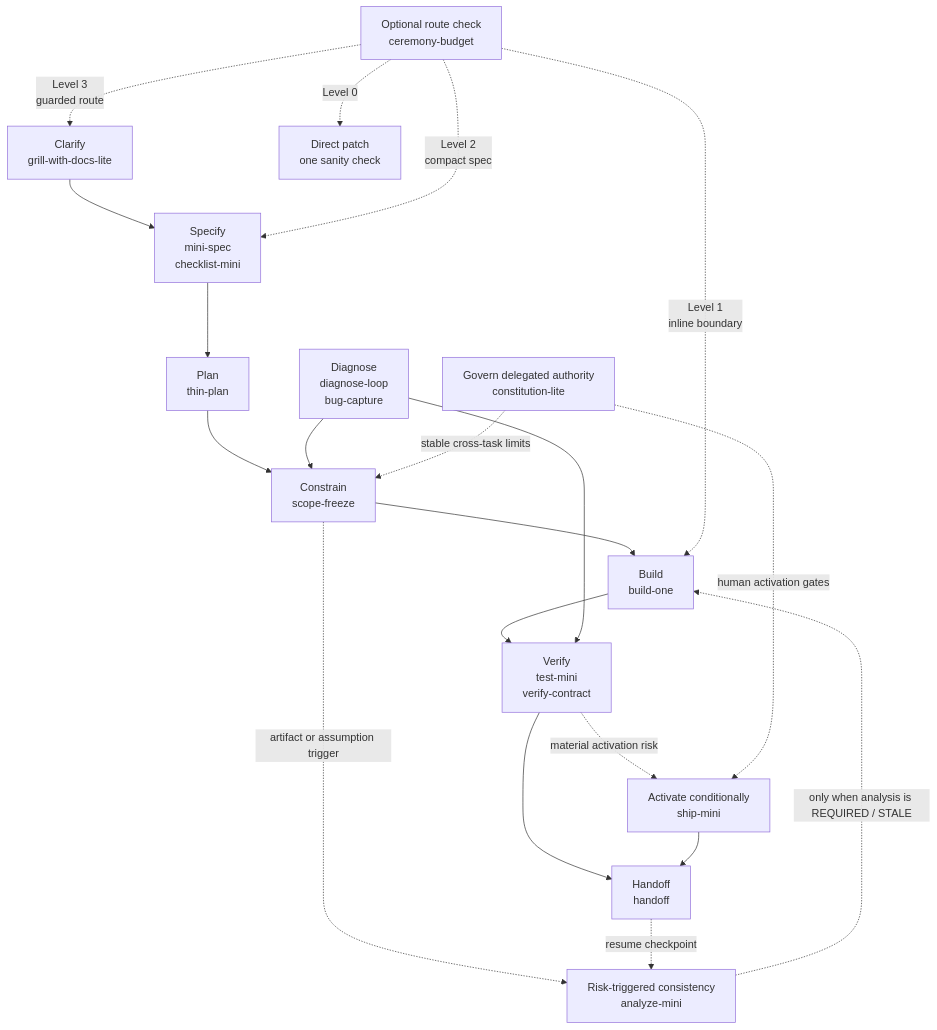
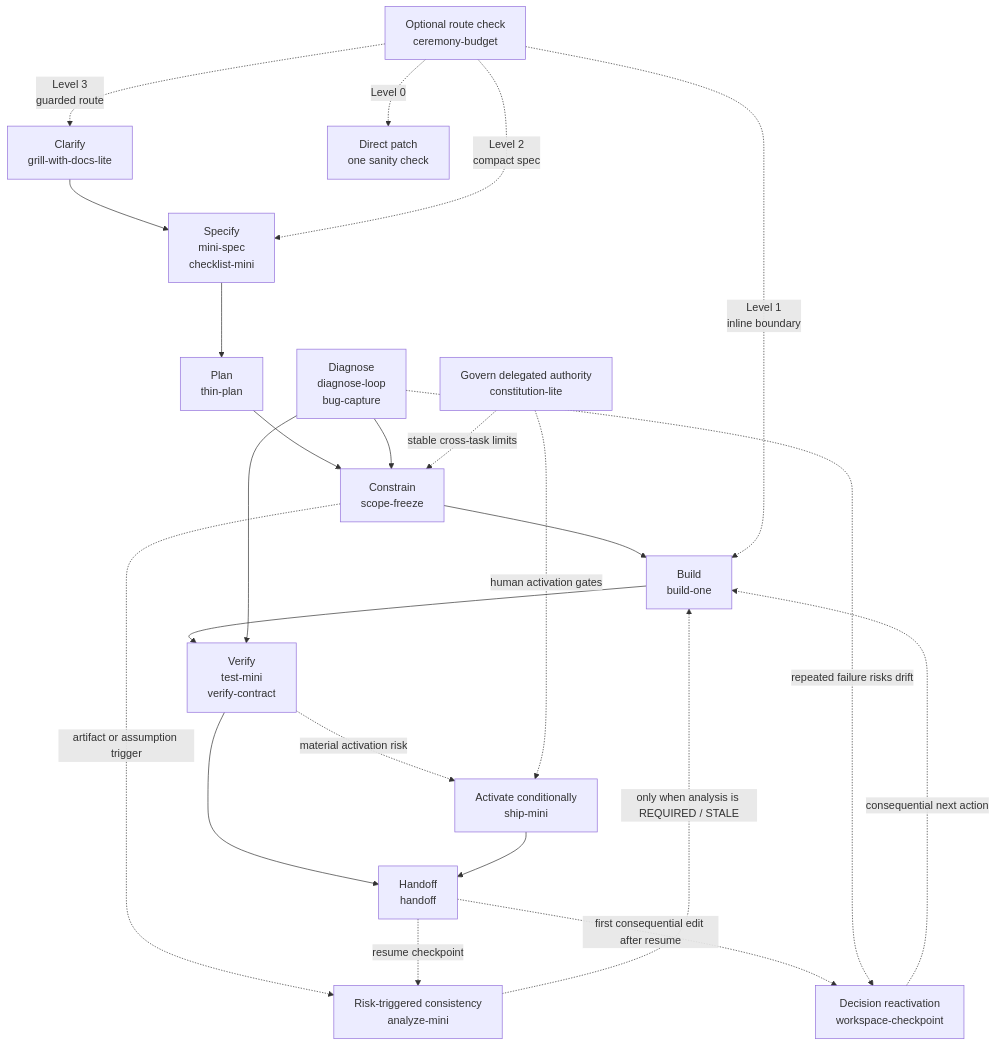
One commit to tmusser/ai-engineering-skills changed the first of 2 diagrams in docs/skill-map.md. Above: the diagram before and after it, drawn with Mermaid. The commit also changed other lines of this file and 8 other files, not shown here.

First line of the commit message:
feat: add workspace checkpoint for consequential actions (#23)

````diff
--- a/docs/skill-map.md
+++ b/docs/skill-map.md
@@ -7,22 +7,25 @@
 ```mermaid
 flowchart TD
   A["Clarify<br/>grill-with-docs-lite"] --> B["Specify<br/>mini-spec<br/>checklist-mini"]
   B --> C["Plan<br/>thin-plan"]
   C --> D["Constrain<br/>scope-freeze"]
   D --> E["Build<br/>build-one"]
   E --> F["Verify<br/>test-mini<br/>verify-contract"]
   F --> H["Handoff<br/>handoff"]
   F -. "material activation risk" .-> G["Activate conditionally<br/>ship-mini"]
   G --> H
   I["Diagnose<br/>diagnose-loop<br/>bug-capture"] --> D
   I --> F
   J["Optional route check<br/>ceremony-budget"] -. "Level 0" .-> P["Direct patch<br/>one sanity check"]
   J -. "Level 1<br/>inline boundary" .-> E
   J -. "Level 2<br/>compact spec" .-> B
   J -. "Level 3<br/>guarded route" .-> A
   K["Govern delegated authority<br/>constitution-lite"] -. "stable cross-task limits" .-> D
   K -. "human activation gates" .-> G
   L["Risk-triggered consistency<br/>analyze-mini"] -. "only when analysis is REQUIRED / STALE" .-> E
   D -. "artifact or assumption trigger" .-> L
   H -. "resume checkpoint" .-> L
+  M["Decision reactivation<br/>workspace-checkpoint"] -. "consequential next action" .-> E
+  H -. "first consequential edit after resume" .-> M
+  I -. "repeated failure risks drift" .-> M
 ```
````
